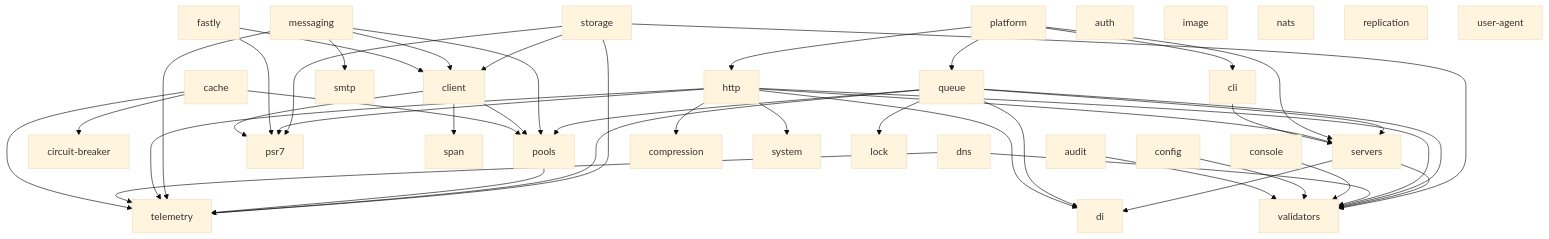
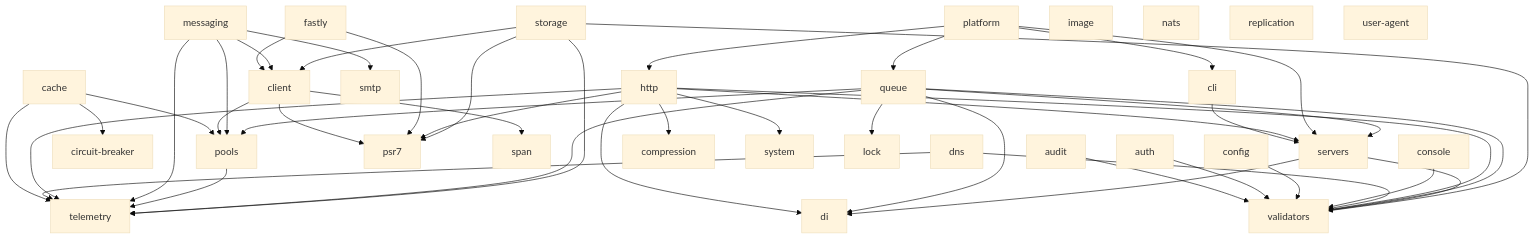
The diagram in README.md (utopia-php/monorepo), drawn with Mermaid (base theme) before and after one commit. The commit also changed 97 other files, not shown here.

First line of the commit message:
auth: move OAuth2 clients and identity validators from Appwrite

````diff
--- a/README.md
+++ b/README.md
@@ -48,50 +48,50 @@
 ```mermaid
 graph TD
     audit --> validators
+    auth --> validators
     cache --> circuit-breaker
     cache --> pools
     cache --> telemetry
     cli --> servers
     client --> pools
     client --> psr7
     client --> span
     config --> validators
     console --> validators
     dns --> telemetry
     dns --> validators
     fastly --> client
     fastly --> psr7
     http --> di
     http --> servers
     http --> compression
     http --> psr7
     http --> telemetry
     http --> validators
     http --> system
     messaging --> client
     messaging --> pools
     messaging --> smtp
     messaging --> telemetry
     platform --> cli
     platform --> http
     platform --> queue
     platform --> servers
     pools --> telemetry
     queue --> di
     queue --> lock
     queue --> servers
     queue --> pools
     queue --> telemetry
     queue --> validators
     servers --> di
     servers --> validators
     storage --> telemetry
     storage --> validators
     storage --> client
     storage --> psr7
-    auth
     image
     nats
     replication
     user-agent
 ```
````
